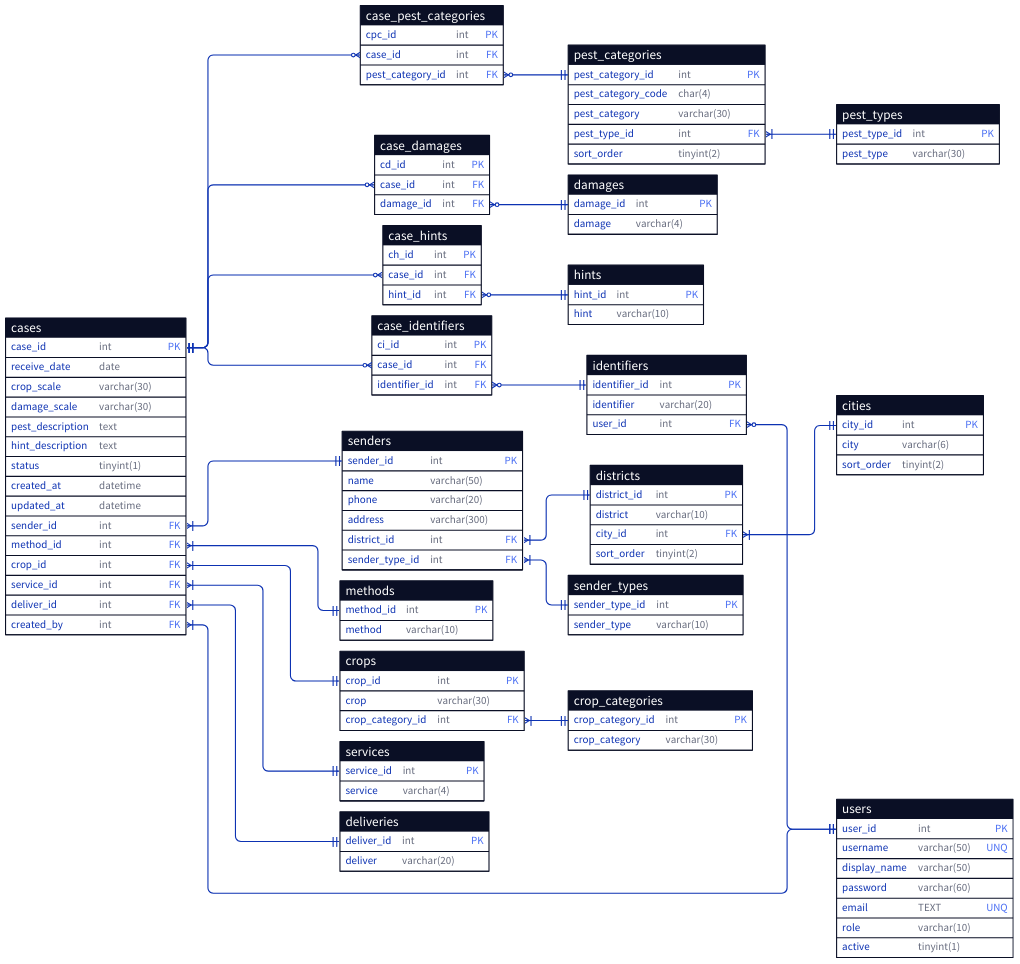
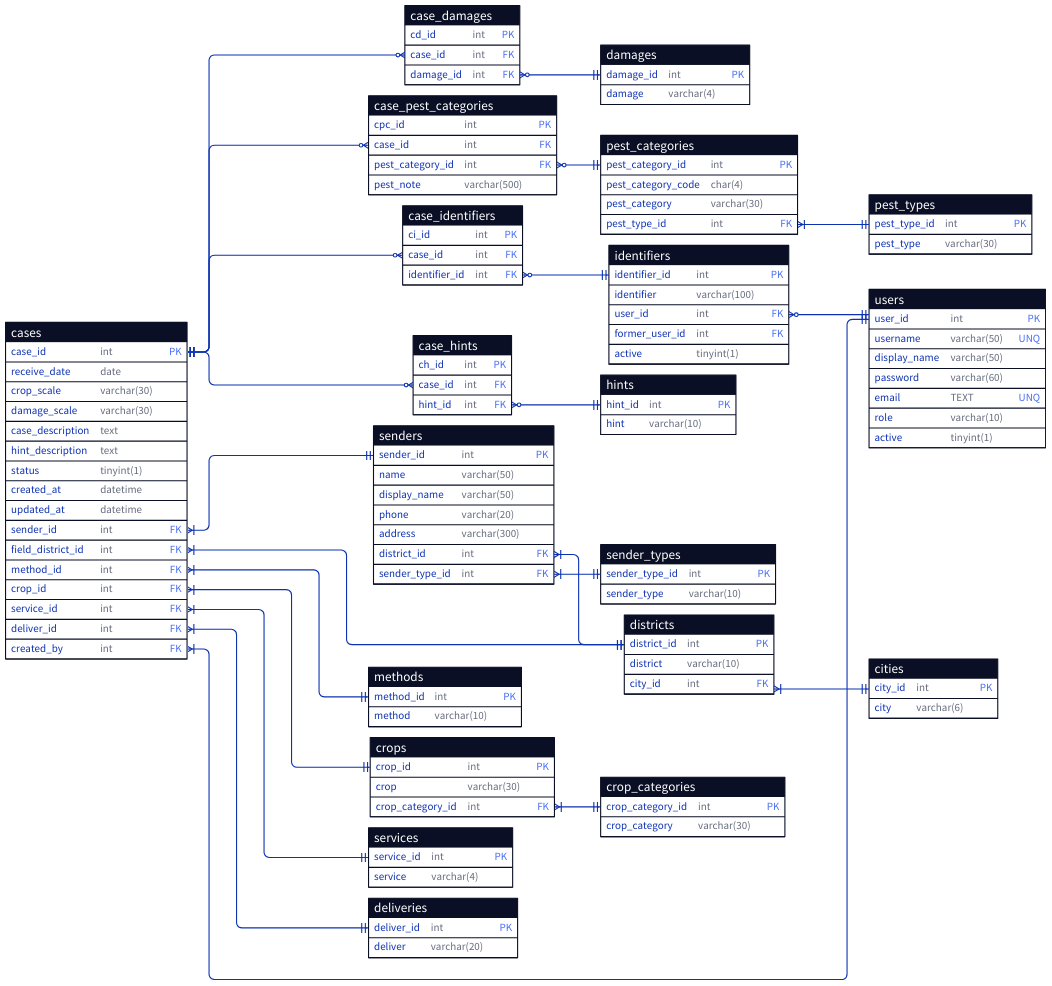
Before and after one commit to qo0u0op/PhytoTrack: the diagram in docs/d2/diagnoses.d2, drawn with D2. The commit also changed 14 other files, not shown here.

First line of the commit message:
feat: add dark mode and sync docs with mermaid/D2 split

```diff
--- a/docs/d2/diagnoses.d2
+++ b/docs/d2/diagnoses.d2
@@ -14,19 +14,21 @@
   receive_date: date
   crop_scale: varchar(30)
   damage_scale: varchar(30)
-  pest_description: text
+  case_description: text
   hint_description: text
-  status: tinyint(1)
+  status: tinyint(1) # PENDING/RESOLVED/CLOSED (ORDINAL)
   created_at: datetime
   updated_at: datetime
   sender_id: int {constraint: foreign_key}
+  field_district_id: int {constraint: foreign_key}
   method_id: int {constraint: foreign_key}
   crop_id: int {constraint: foreign_key}
   service_id: int {constraint: foreign_key}
   deliver_id: int {constraint: foreign_key}
   created_by: int {constraint: foreign_key}
 }
-# status: 0=診斷中, 1=已完成
+# status: PENDING/RESOLVED/CLOSED (Enum ORDINAL 0/1/2)
+# field_district_id: 田區位置（NOT NULL，v_case_search 以此為主）
 
 # 月報流水號排序依據：receive_date ASC, created_at ASC, case_id ASC
 # case_number 為動態計算：yyyyMM + ROW_NUMBER()，不存入 DB
@@ -53,6 +55,7 @@
   cpc_id: int {constraint: primary_key}
   case_id: int {constraint: foreign_key}
   pest_category_id: int {constraint: foreign_key}
+  pest_note: varchar(500) # 可空，學名：描述
 }
 
 case_identifiers: {
@@ -66,14 +69,14 @@
 senders: {
   shape: sql_table
   sender_id: int {constraint: primary_key}
-  name: varchar(50)
-  phone: varchar(20)
-  address: varchar(300)
-  district_id: int {constraint: foreign_key}
+  name: varchar(50) # 可空
+  display_name: varchar(50) # 可空，name/displayName 至少一有值
+  phone: varchar(20) # 可空，非空部分唯一
+  address: varchar(300) # 可空
+  district_id: int {constraint: foreign_key} # 送件人戶籍鄉鎮
   sender_type_id: int {constraint: foreign_key}
 }
-# unique constraint: (name, phone)
-# password 欄位由 users 表管理，senders 不儲存登入資訊
+# display_name/phone 至少一有值；VIEWER 遮蔽 name/phone/address
 
 sender_types: {
   shape: sql_table
@@ -86,7 +89,6 @@
   shape: sql_table
   city_id: int {constraint: primary_key}
   city: varchar(6)
-  sort_order: tinyint(2)
 }
 
 districts: {
@@ -94,8 +96,8 @@
   district_id: int {constraint: primary_key}
   district: varchar(10)
   city_id: int {constraint: foreign_key}
-  sort_order: tinyint(2)
 }
+# sort_order 已移除，改依 city_id/district_id 排序
 
 # ─── 作物層級 ─────────────────────────────────────────
 crops: {
@@ -125,7 +127,6 @@
   pest_category_code: char(4)
   pest_category: varchar(30)
   pest_type_id: int {constraint: foreign_key}
-  sort_order: tinyint(2)
 }
 
 # ─── Lookup 表（固定選項，PK 改 int auto）────────────
@@ -164,11 +165,13 @@
 identifiers: {
   shape: sql_table
   identifier_id: int {constraint: primary_key}
-  identifier: varchar(20)
-  user_id: int {constraint: foreign_key}
+  identifier: varchar(100) # 顯示名稱
+  user_id: int {constraint: foreign_key} # 可空，user IS NULL 為共用簽名人
+  former_user_id: int {constraint: foreign_key} # 可空，解綁前所屬使用者
+  active: tinyint(1)
 }
-# user_id=NULL: 外部專家（僅簽名、無帳號）
-# user_id != NULL: 對應 users.user_id（內部人員兼簽名人）
+# user_id IS NULL + active=true：共用簽名人（可被案件引用）
+# former_user_id：解綁前所屬者（升權/啟用恢復原筆）
 
 # ─── 系統使用者（內部客服/管理員）───────────────────
 users: {
@@ -188,6 +191,10 @@
 # ─── 關聯線 ──────────────────────────────────────────
 
 cases.sender_id <-> senders.sender_id: {
+  source-arrowhead.shape: cf-many-required
+  target-arrowhead.shape: cf-one-required
+}
+cases.field_district_id <-> districts.district_id: {
   source-arrowhead.shape: cf-many-required
   target-arrowhead.shape: cf-one-required
 }
```
